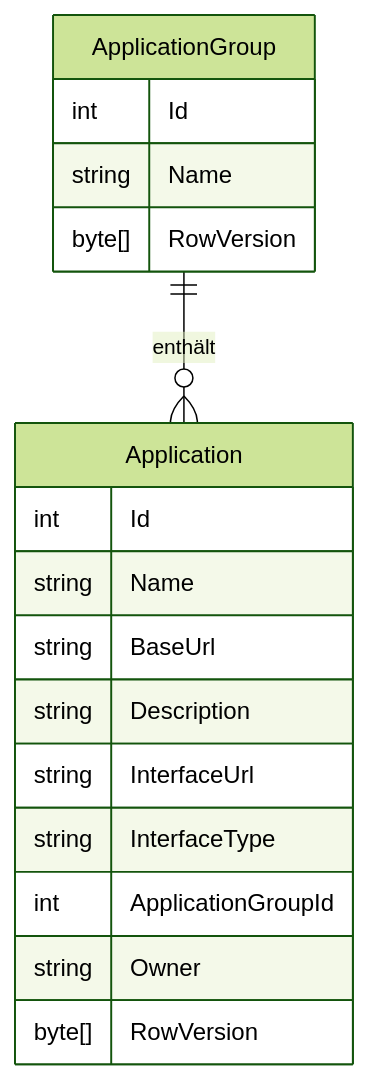
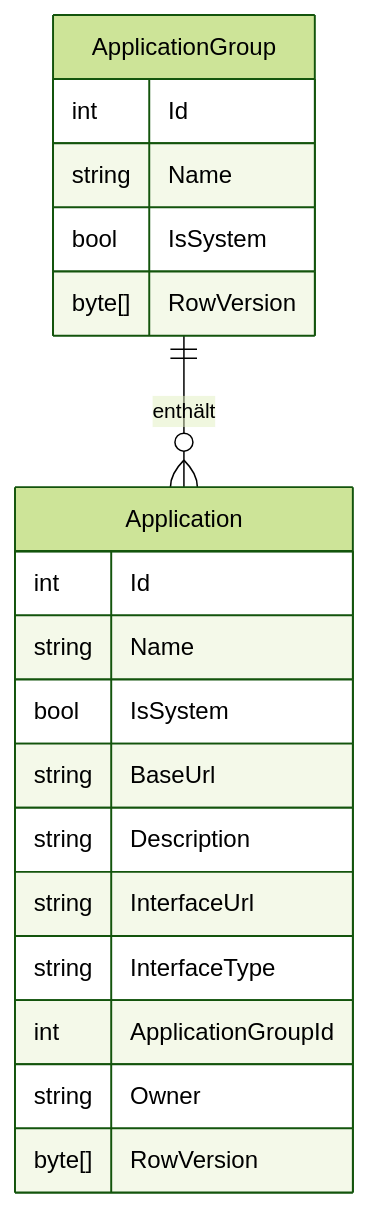
The diagram in docs/help/anwendungen/datenmodell.md (martin-stromberg/Schnittstellenzentrale), drawn with Mermaid (forest theme) before and after one commit. The commit also changed other lines of this file and 38 other files, not shown here.

````diff
--- a/docs/help/anwendungen/datenmodell.md
+++ b/docs/help/anwendungen/datenmodell.md
@@ -38,20 +40,22 @@
 ```mermaid
 erDiagram
     ApplicationGroup {
         int Id
         string Name
+        bool IsSystem
         byte[] RowVersion
     }
     Application {
         int Id
         string Name
+        bool IsSystem
         string BaseUrl
         string Description
         string InterfaceUrl
         string InterfaceType
         int ApplicationGroupId
         string Owner
         byte[] RowVersion
     }
     ApplicationGroup ||--o{ Application : "enthält"
 ```
````
